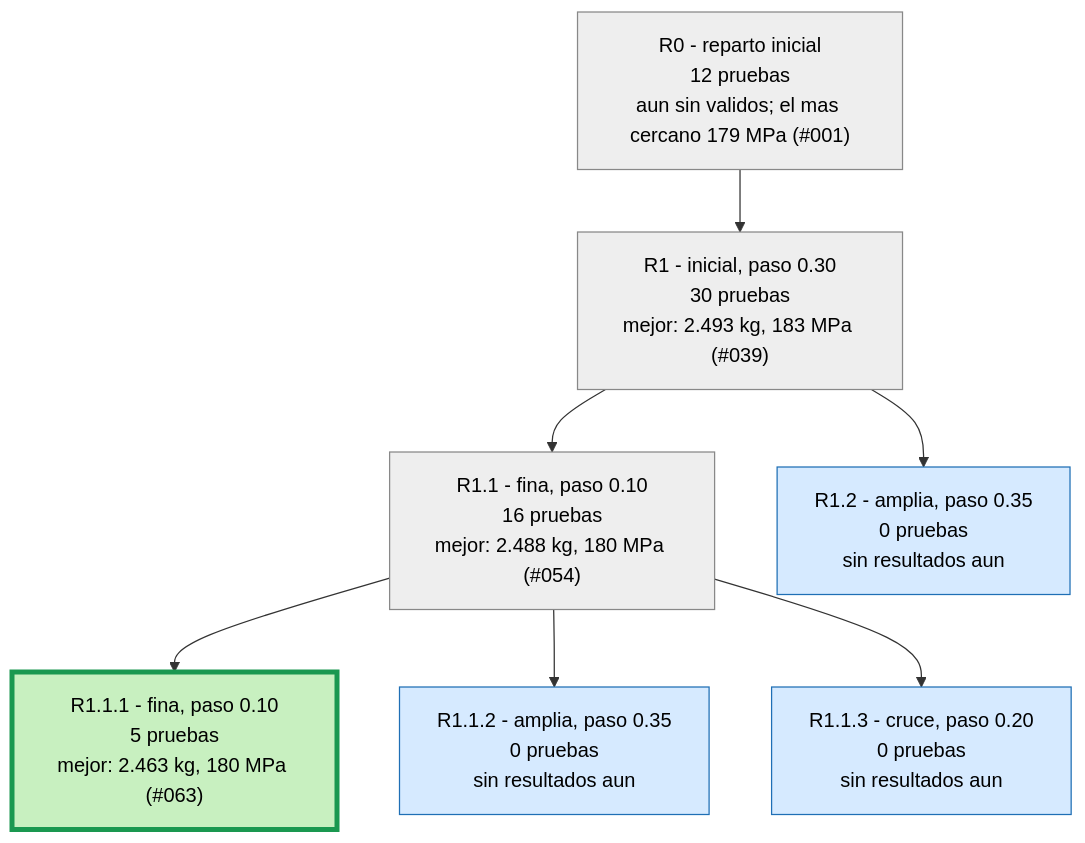
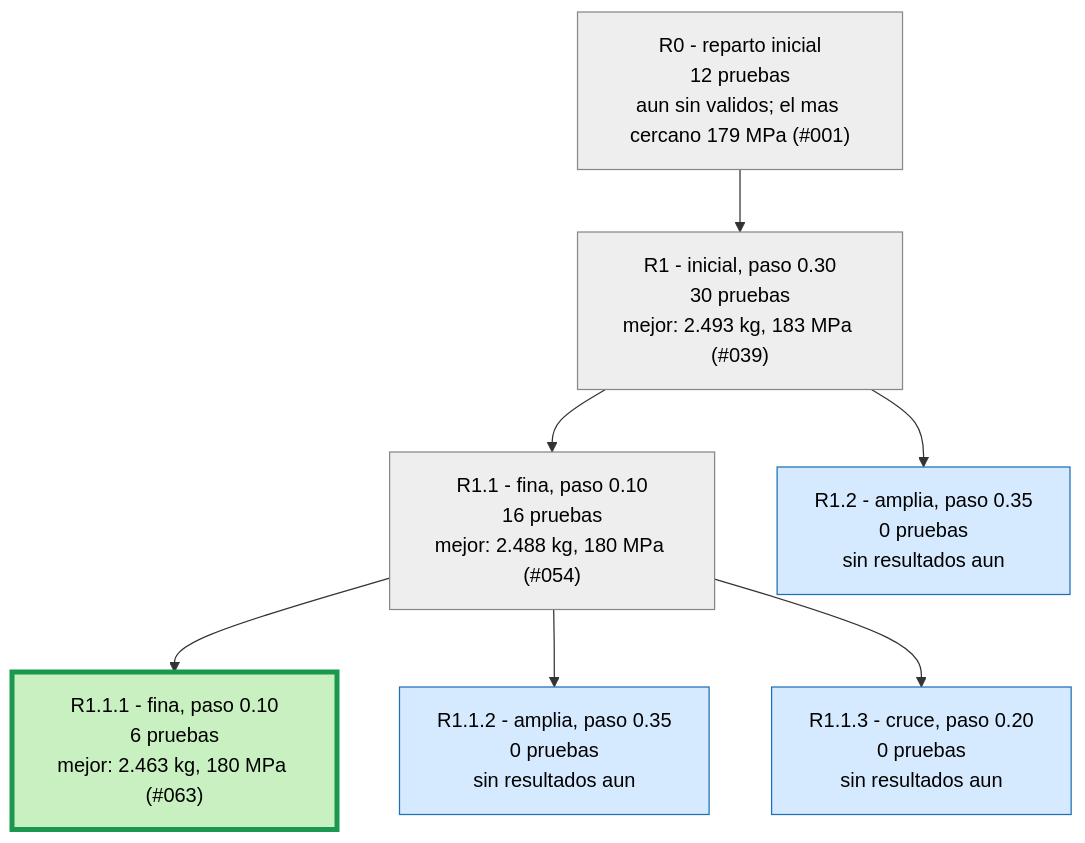
Before and after one commit to Hugiko/msd-soporte-optimizacion: the second of 3 diagrams in runs/opt_37800N/ARBOL.md, drawn with Mermaid. The commit also changed 20 other files, not shown here.

````diff
--- a/runs/opt_37800N/ARBOL.md
+++ b/runs/opt_37800N/ARBOL.md
@@ -21,19 +21,19 @@
 ```mermaid
 graph TD
 classDef activa fill:#d6eaff,stroke:#1f6fb5,color:#000
 classDef fin fill:#eeeeee,stroke:#888,color:#000
 classDef mejor fill:#c8f0c0,stroke:#1a9850,stroke-width:4px,color:#000
 R0["R0 - reparto inicial<br/>12 pruebas<br/>aun sin validos; el mas cercano 179 MPa (#001)"]:::fin
 R1["R1 - inicial, paso 0.30<br/>30 pruebas<br/>mejor: 2.493 kg, 183 MPa (#039)"]:::fin
 R0 --> R1
 R1_1["R1.1 - fina, paso 0.10<br/>16 pruebas<br/>mejor: 2.488 kg, 180 MPa (#054)"]:::fin
 R1 --> R1_1
 R1_2["R1.2 - amplia, paso 0.35<br/>0 pruebas<br/>sin resultados aun"]:::activa
 R1 --> R1_2
-R1_1_1["R1.1.1 - fina, paso 0.10<br/>5 pruebas<br/>mejor: 2.463 kg, 180 MPa (#063)"]:::mejor
+R1_1_1["R1.1.1 - fina, paso 0.10<br/>6 pruebas<br/>mejor: 2.463 kg, 180 MPa (#063)"]:::mejor
 R1_1 --> R1_1_1
 R1_1_2["R1.1.2 - amplia, paso 0.35<br/>0 pruebas<br/>sin resultados aun"]:::activa
 R1_1 --> R1_1_2
 R1_1_3["R1.1.3 - cruce, paso 0.20<br/>0 pruebas<br/>sin resultados aun"]:::activa
 R1_1 --> R1_1_3
 ```
````
